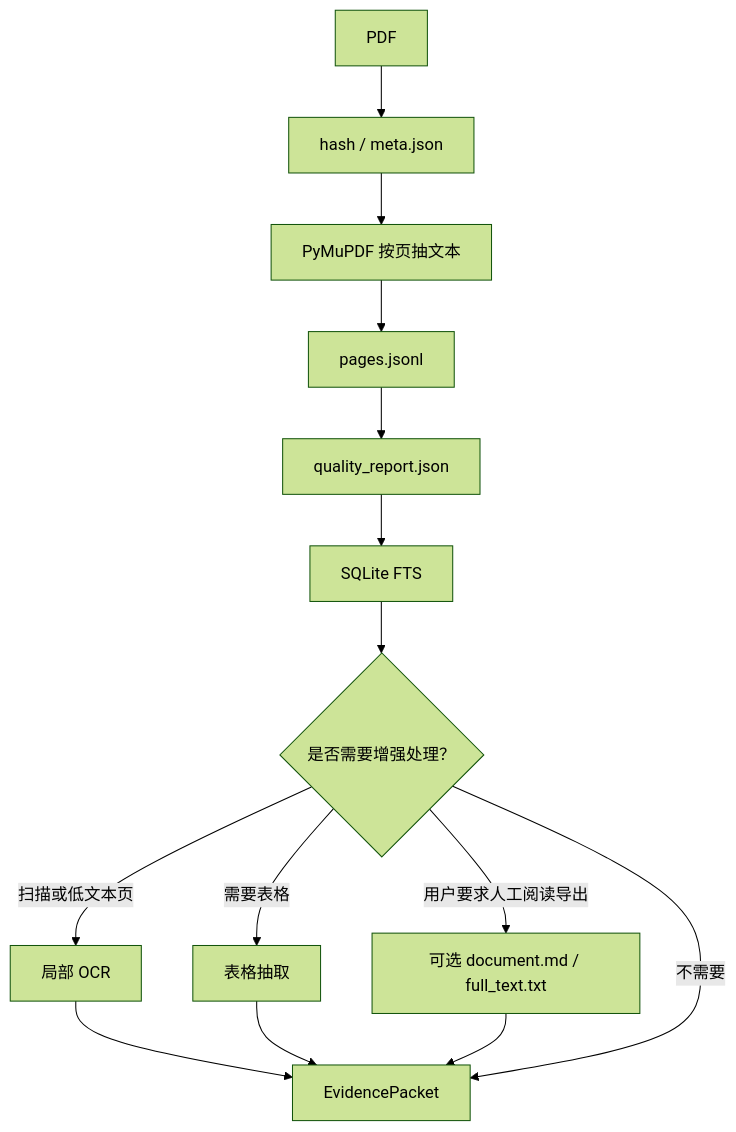
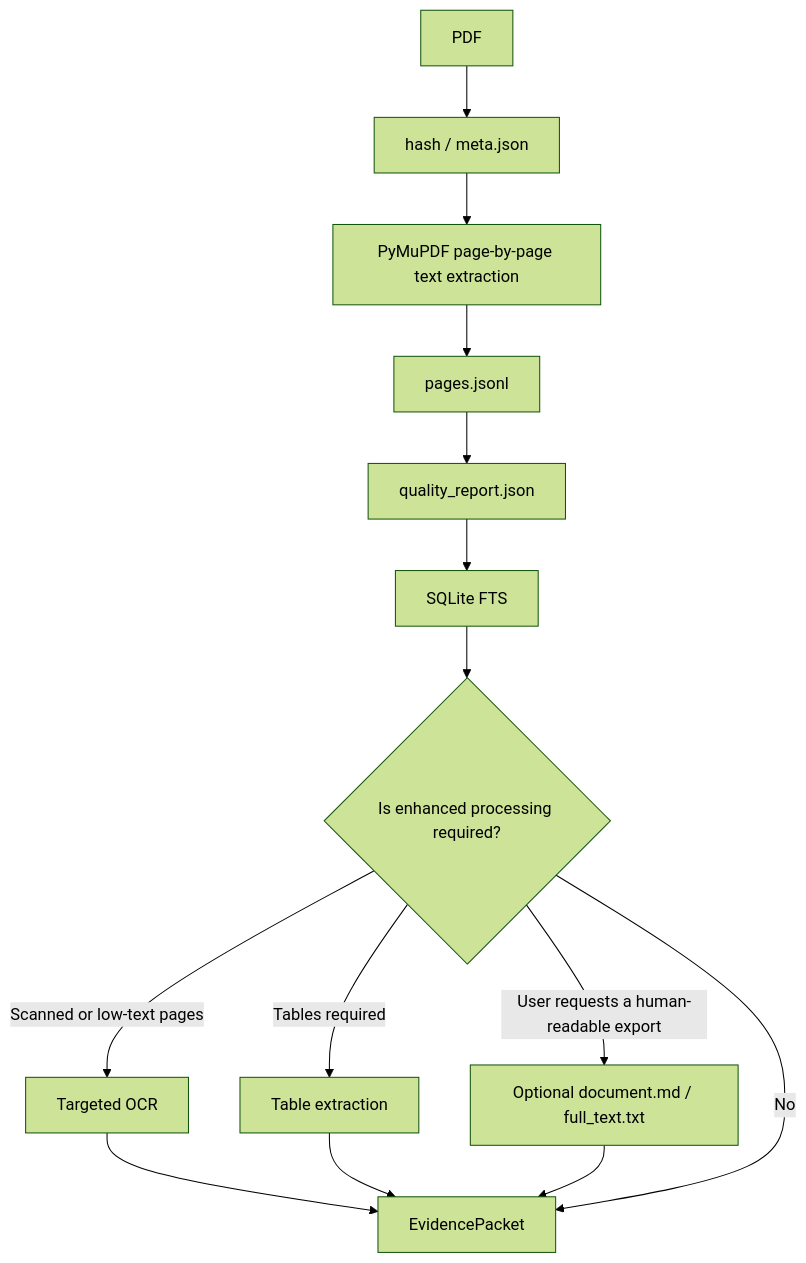
The second of 2 diagrams in docs/A3_WORKFLOW.md (hc938456/ah-disclosure-kit), drawn with Mermaid (forest theme) before and after one commit. The commit also changed other lines of this file and 24 other files, not shown here.

````diff
--- a/docs/A3_WORKFLOW.md
+++ b/docs/A3_WORKFLOW.md
@@ -125,20 +125,20 @@
 ```mermaid
 flowchart TB
     A["PDF"]
     B["hash / meta.json"]
-    C["PyMuPDF 按页抽文本"]
+    C["PyMuPDF page-by-page text extraction"]
     D["pages.jsonl"]
     E["quality_report.json"]
     F["SQLite FTS"]
-    G{"是否需要增强处理？"}
-    H["局部 OCR"]
-    I["表格抽取"]
-    J["可选 document.md / full_text.txt"]
+    G{"Is enhanced processing required?"}
+    H["Targeted OCR"]
+    I["Table extraction"]
+    J["Optional document.md / full_text.txt"]
     K["EvidencePacket"]
 
     A --> B --> C --> D --> E --> F --> G
-    G -->|扫描或低文本页| H --> K
-    G -->|需要表格| I --> K
-    G -->|用户要求人工阅读导出| J --> K
-    G -->|不需要| K
+    G -->|Scanned or low-text pages| H --> K
+    G -->|Tables required| I --> K
+    G -->|User requests a human-readable export| J --> K
+    G -->|No| K
 ```
````
